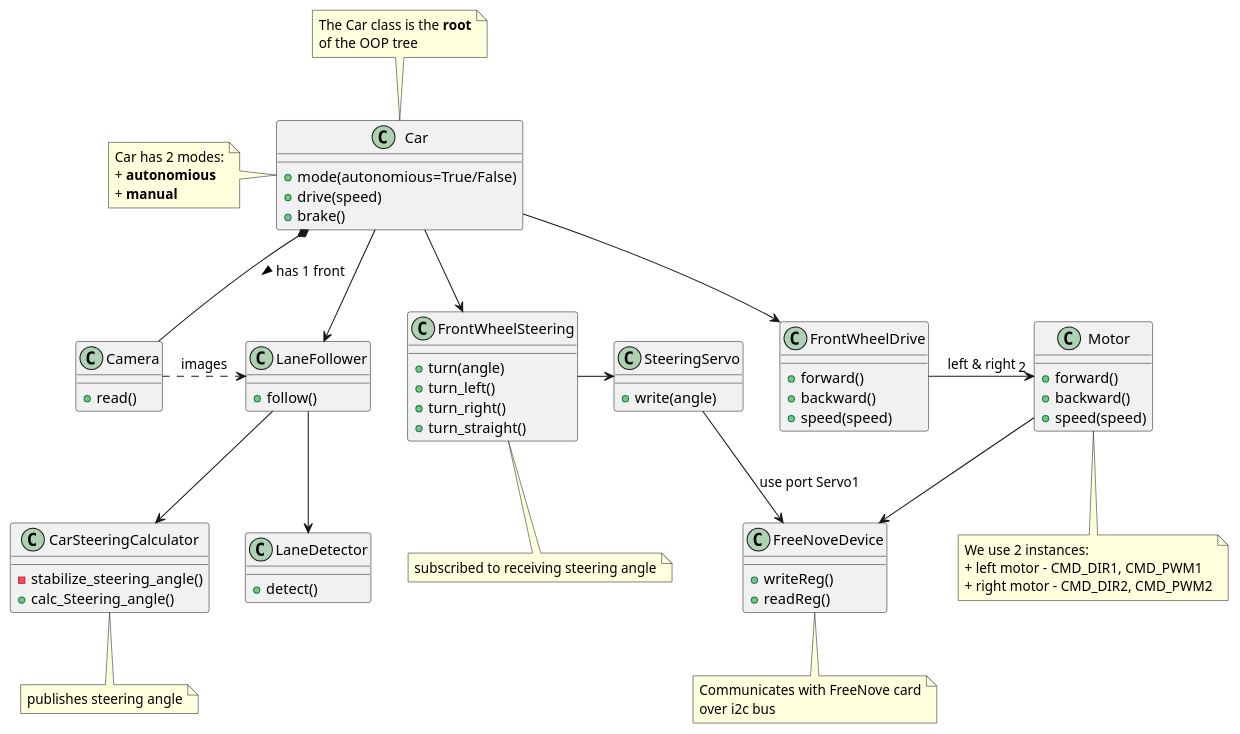
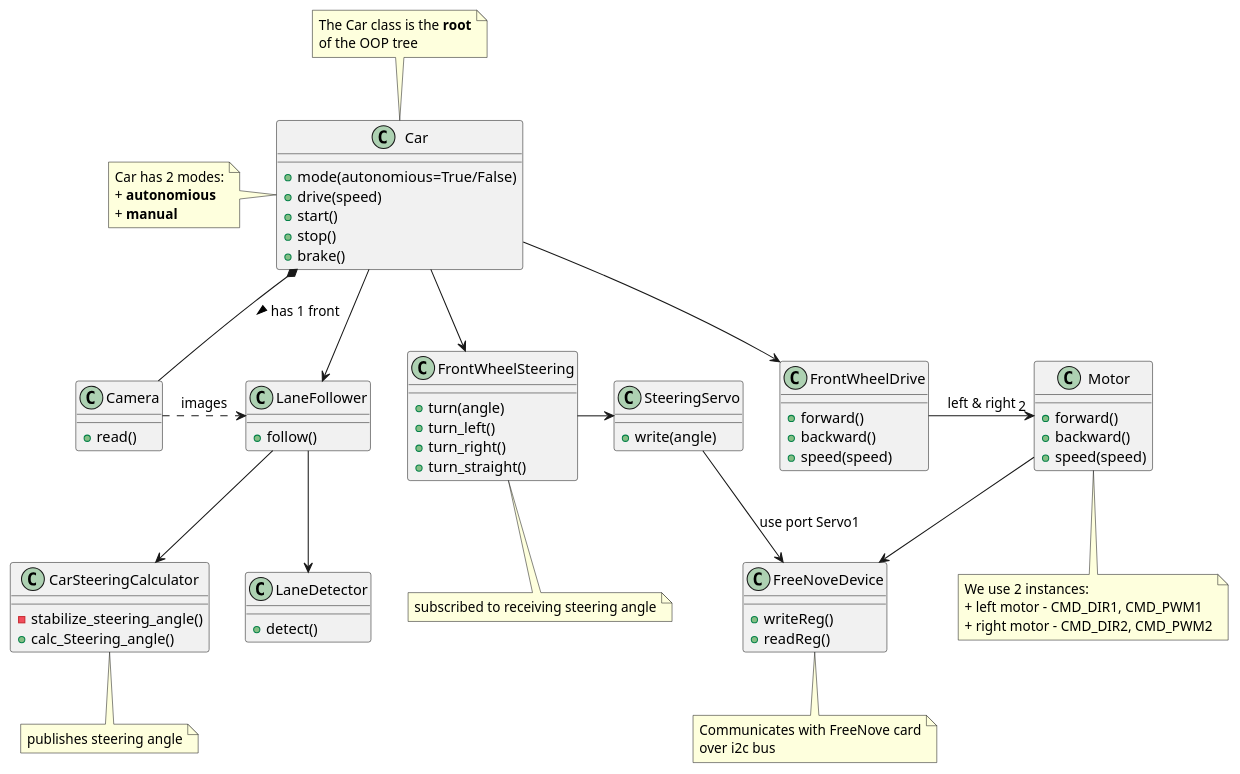
One commit to yahmlevi/robo_car changed the diagram in robo-car/src/doc/uml.wsd. Above: the diagram before and after it, drawn with PlantUML. The commit also changed 8 other files, not shown here.

```diff
--- a/robo-car/src/doc/uml.wsd
+++ b/robo-car/src/doc/uml.wsd
@@ -1,102 +1,104 @@
 @startuml Test
 class Car {
     + mode(autonomious=True/False)
     + drive(speed)
+    + start()
+    + stop()
     + brake()
 }
 
 note top of Car
 The Car class is the <b>root</b>
 of the OOP tree
 end note
 
 note left of Car
 Car has 2 modes:
 + <b>autonomious</b>
 + <b>manual</b>
 end note
 
 class FrontWheelDrive {
     + forward()
     + backward()
     + speed(speed)
 }
 
 class Motor {
     + forward()
     + backward()
     + speed(speed)
 }
 
 class FrontWheelSteering {
     + turn(angle)
     + turn_left()
     + turn_right()
     + turn_straight()
 }
 note bottom of FrontWheelSteering
 subscribed to receiving steering angle
 end note
 
 class SteeringServo {
     + write(angle)
 }
 
 class Camera {
     + read()
 }
 
 class LaneFollower {
     + follow()
 }
 
 class LaneDetector {
     + detect()
 }
 
 class CarSteeringCalculator {
     - stabilize_steering_angle()
     + calc_Steering_angle()
 }
 note bottom of CarSteeringCalculator
 publishes steering angle
 end note
 
 class FreeNoveDevice {
     + writeReg()
     + readReg()
 }
 note bottom of FreeNoveDevice
 Communicates with FreeNove card
 over i2c bus
 end note
 
 
 
 Car *-- Camera: has 1 front >
 Car --> LaneFollower
 Car --> FrontWheelSteering
 Car --> FrontWheelDrive
 
 Camera .> LaneFollower : images
 
 LaneFollower --> LaneDetector
 LaneFollower --> CarSteeringCalculator
 
 
 
 FrontWheelSteering -> SteeringServo
 
 SteeringServo --> FreeNoveDevice : use port Servo1
 
 
 FrontWheelDrive -> "2" Motor: left & right
 note bottom of Motor
 We use 2 instances: 
 + left motor - CMD_DIR1, CMD_PWM1
 + right motor - CMD_DIR2, CMD_PWM2
 end note
 
 Motor --> FreeNoveDevice
 
 @enduml
```
